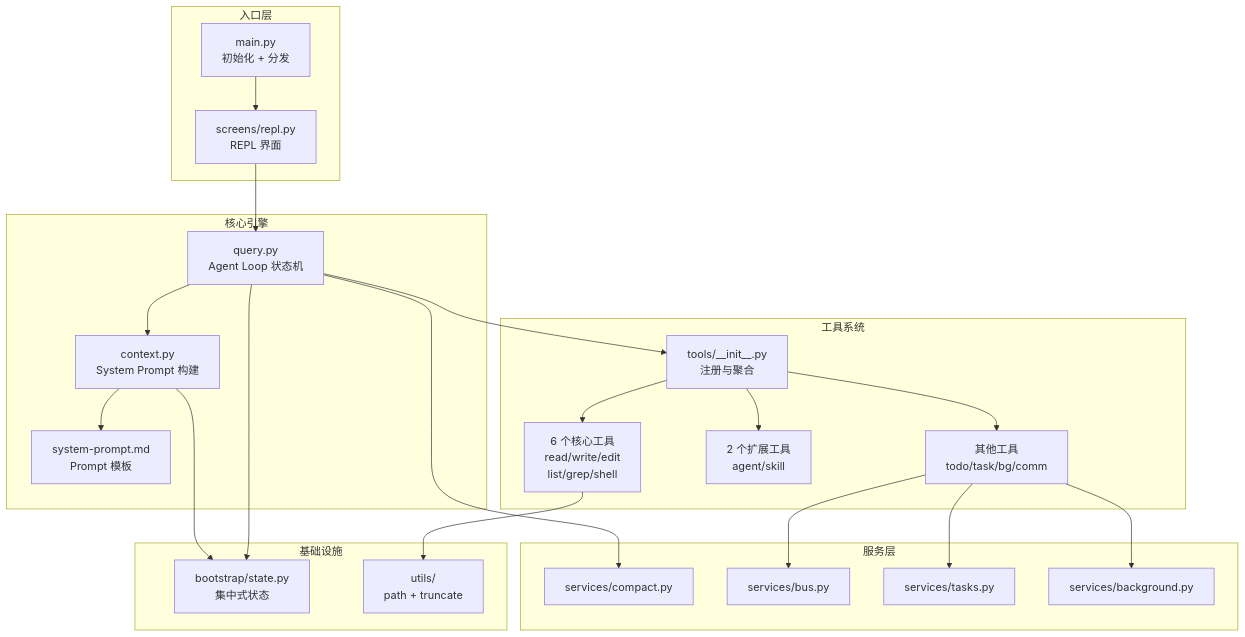
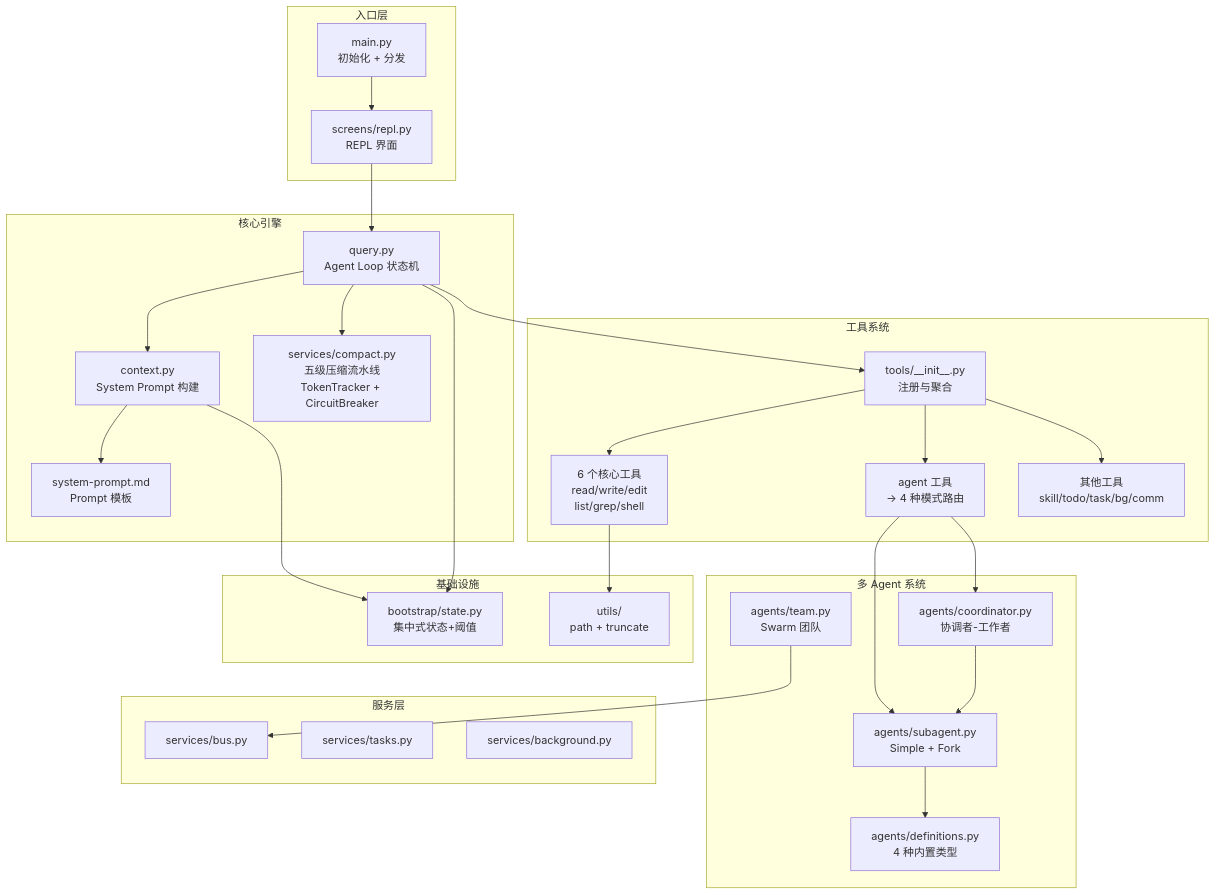
Diagram 16 of 16 in 项目详解-v2.md (XiaoRedAh/coding-agent), drawn with Mermaid before and after one commit. The commit also changed other lines of this file and 12 other files, not shown here.

````diff
--- a/项目详解-v2.md
+++ b/项目详解-v2.md
@@ -1030,48 +1497,57 @@
 ```mermaid
 graph TB
     subgraph "入口层"
         Main["main.py<br/>初始化 + 分发"]
         REPL["screens/repl.py<br/>REPL 界面"]
     end
 
     subgraph "核心引擎"
         Query["query.py<br/>Agent Loop 状态机"]
         Context["context.py<br/>System Prompt 构建"]
         Template["system-prompt.md<br/>Prompt 模板"]
+        Compact["services/compact.py<br/>五级压缩流水线<br/>TokenTracker + CircuitBreaker"]
     end
 
     subgraph "工具系统"
         ToolInit["tools/__init__.py<br/>注册与聚合"]
         Core["6 个核心工具<br/>read/write/edit<br/>list/grep/shell"]
-        Ext["2 个扩展工具<br/>agent/skill"]
-        Other["其他工具<br/>todo/task/bg/comm"]
+        AgentT["agent 工具<br/>→ 4 种模式路由"]
+        Other["其他工具<br/>skill/todo/task/bg/comm"]
+    end
+
+    subgraph "多 Agent 系统"
+        Defs["agents/definitions.py<br/>4 种内置类型"]
+        Sub["agents/subagent.py<br/>Simple + Fork"]
+        Coord["agents/coordinator.py<br/>协调者-工作者"]
+        Team["agents/team.py<br/>Swarm 团队"]
     end
 
     subgraph "服务层"
-        Compact["services/compact.py"]
         Bus["services/bus.py"]
         Tasks["services/tasks.py"]
         BG["services/background.py"]
     end
 
     subgraph "基础设施"
-        State["bootstrap/state.py<br/>集中式状态"]
+        State["bootstrap/state.py<br/>集中式状态+阈值"]
         Utils["utils/<br/>path + truncate"]
     end
 
     Main --> REPL
     REPL --> Query
     Query --> Context
     Context --> Template
+    Query --> Compact
     Query --> ToolInit
     ToolInit --> Core
-    ToolInit --> Ext
+    ToolInit --> AgentT
     ToolInit --> Other
-    Query --> Compact
-    Other --> Bus
-    Other --> Tasks
-    Other --> BG
+    AgentT --> Sub
+    AgentT --> Coord
+    Sub --> Defs
+    Coord --> Sub
+    Team --> Bus
     Core --> Utils
     Context --> State
     Query --> State
 ```
````
